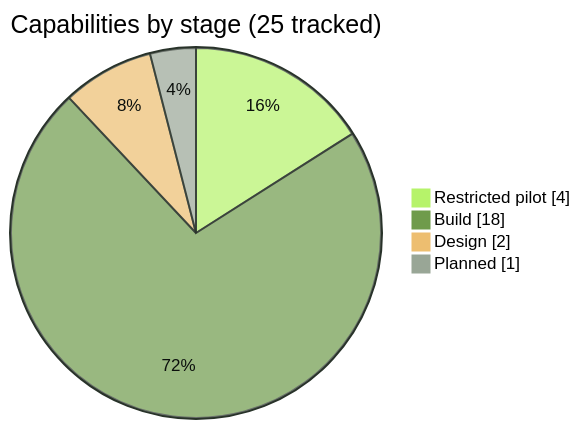
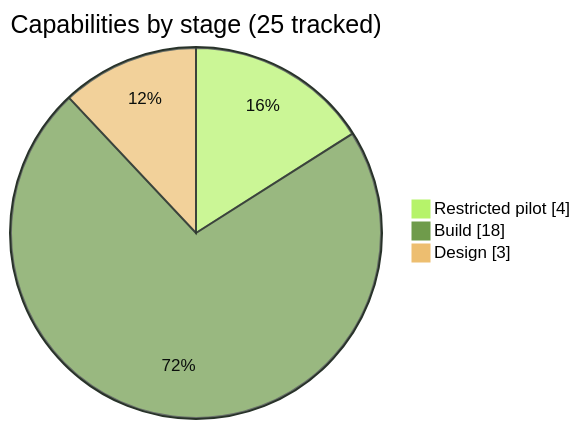
The first of 4 diagrams in docs/ROADMAP.md (pboachie/zrotext), drawn with Mermaid before and after one commit. The commit also changed other lines of this file and 4 other files, not shown here.

First line of the commit message:
Align the public roadmap with the completed merge-all wave

````diff
--- a/docs/ROADMAP.md
+++ b/docs/ROADMAP.md
@@ -43,9 +43,8 @@
 ```mermaid
-%%{init: {"themeVariables": {"pie1": "#b6f36a", "pie2": "#6f9b4b", "pie3": "#edbe70", "pie4": "#99a696", "pieSectionTextColor": "#0b0f0c", "pieStrokeColor": "#29332a", "pieOuterStrokeColor": "#29332a"}}}%%
+%%{init: {"themeVariables": {"pie1": "#b6f36a", "pie2": "#6f9b4b", "pie3": "#edbe70", "pieSectionTextColor": "#0b0f0c", "pieStrokeColor": "#29332a", "pieOuterStrokeColor": "#29332a"}}}%%
 pie showData
     title Capabilities by stage (25 tracked)
     "Restricted pilot" : 4
     "Build" : 18
-    "Design" : 2
-    "Planned" : 1
+    "Design" : 3
 ```
````
